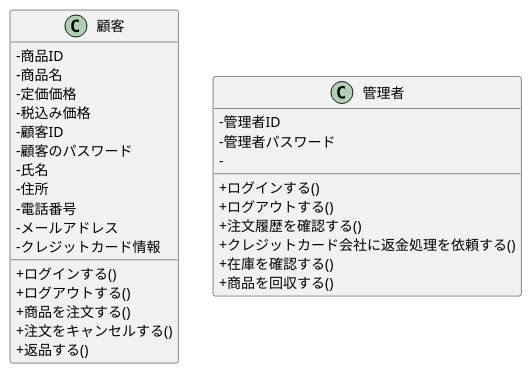
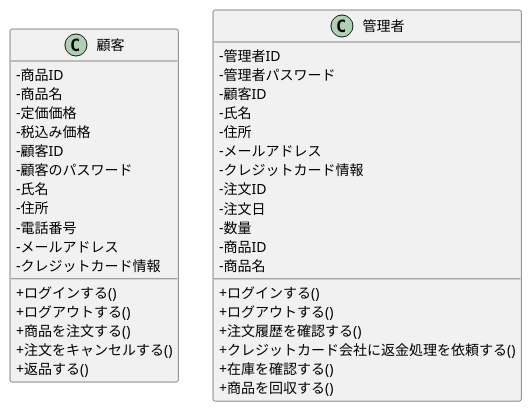
The diagram in group/3-3_総合演習1_BBショップ注文管理システム/クラス図/class.pu (ko246/ohara_uml), drawn with PlantUML before and after one commit.

Commit message:
一応完成(仮)

```diff
--- a/group/3-3_総合演習1_BBショップ注文管理システム/クラス図/class.pu
+++ b/group/3-3_総合演習1_BBショップ注文管理システム/クラス図/class.pu
@@ -1,42 +1,51 @@
 @startuml BBショップシステム_クラス図
 
 skinparam classAttributeIconSize 0
 class 顧客 {
     '属性
     -商品ID
     -商品名
     -定価価格
     -税込み価格
     -顧客ID
     -顧客のパスワード
     -氏名
     -住所
     -電話番号
     -メールアドレス
     -クレジットカード情報
 
     '操作
     +ログインする()
     +ログアウトする()
     +商品を注文する()
     +注文をキャンセルする()
     +返品する()
 }
 
 skinparam classAttributeIconSize 0
 class 管理者 {
     '属性
     -管理者ID
     -管理者パスワード
-    -
+    -顧客ID
+    -氏名
+    -住所
+    -メールアドレス
+    -クレジットカード情報
+    -注文ID
+    -注文日
+    -数量
+    -商品ID
+    -商品名
 
     '操作
     +ログインする()
     +ログアウトする()
     +注文履歴を確認する()
     +クレジットカード会社に返金処理を依頼する()
     +在庫を確認する()
     +商品を回収する()
 }
 
 @enduml
```
